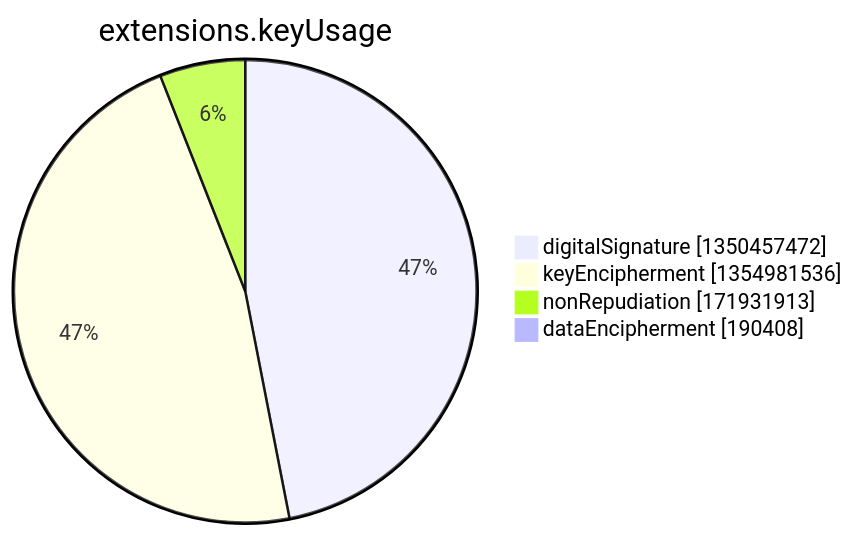
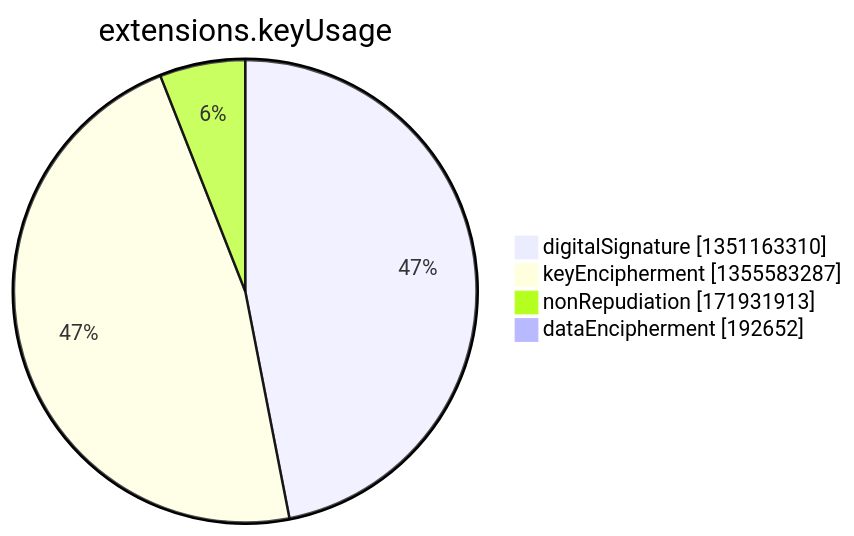
The seventh of 15 diagrams in argon2022/README.md (christiankrug/ctmonitor_visualization), drawn with Mermaid before and after one commit. The commit also changed other lines of this file, not shown here.

````diff
--- a/argon2022/README.md
+++ b/argon2022/README.md
@@ -2750,8 +2750,8 @@
 ```mermaid
 pie showData
 title extensions.keyUsage
-"digitalSignature" :1350457472
-"keyEncipherment" :1354981536
+"digitalSignature" :1351163310
+"keyEncipherment" :1355583287
 "nonRepudiation" :171931913
-"dataEncipherment" :190408
+"dataEncipherment" :192652
 ```
````
